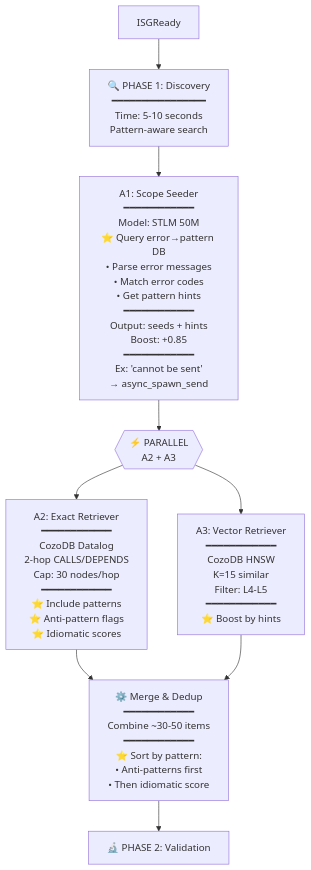
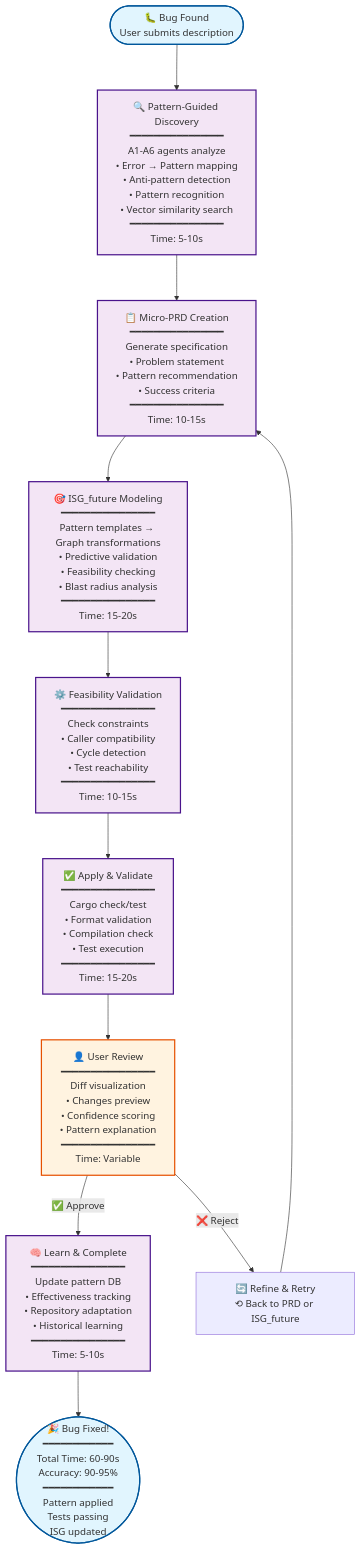
One commit to that-in-rust/transfiguration changed the first of 5 diagrams in Insp09_ActiveWorkspaces_StrategicInitiatives/Insp04_PRD202510/P21_ArchV01.md. Above: the diagram before and after it, drawn with Mermaid. The commit also changed other lines of this file and 1 other file, not shown here.

````diff
--- a/Insp09_ActiveWorkspaces_StrategicInitiatives/Insp04_PRD202510/P21_ArchV01.md
+++ b/Insp09_ActiveWorkspaces_StrategicInitiatives/Insp04_PRD202510/P21_ArchV01.md
@@ -188,17 +23,32 @@
 ```mermaid
+---
+config:
+  flowchart:
+    nodeSpacing: 75
+    rankSpacing: 75
+    curve: basis
+---
 flowchart TD
-    ISGReady --> Phase1["🔍 PHASE 1: Discovery<br/>━━━━━━━━━━━━━━━━<br/>Time: 5-10 seconds<br/>Pattern-aware search"]
+    %% Bug Fixing Journey Overview
+    Start(["🐛 Bug Found<br/>User submits description"])
+    Start --> PatternDiscovery["🔍 Pattern-Guided Discovery<br/>━━━━━━━━━━━━━━━━<br/>A1-A6 agents analyze<br/>• Error → Pattern mapping<br/>• Anti-pattern detection<br/>• Pattern recognition<br/>• Vector similarity search<br/>━━━━━━━━━━━━━━━━<br/>Time: 5-10s"]
+    PatternDiscovery --> PRDGeneration["📋 Micro-PRD Creation<br/>━━━━━━━━━━━━━━━━<br/>Generate specification<br/>• Problem statement<br/>• Pattern recommendation<br/>• Success criteria<br/>━━━━━━━━━━━━━━━━<br/>Time: 10-15s"]
+    PRDGeneration --> ISGFuture["🎯 ISG_future Modeling<br/>━━━━━━━━━━━━━━━━<br/>Pattern templates → Graph transformations<br/>• Predictive validation<br/>• Feasibility checking<br/>• Blast radius analysis<br/>━━━━━━━━━━━━━━━━<br/>Time: 15-20s"]
+    ISGFuture --> Validation["⚙️ Feasibility Validation<br/>━━━━━━━━━━━━━━━━<br/>Check constraints<br/>• Caller compatibility<br/>• Cycle detection<br/>• Test reachability<br/>━━━━━━━━━━━━━━━━<br/>Time: 10-15s"]
+    Validation --> ApplyChanges["✅ Apply & Validate<br/>━━━━━━━━━━━━━━━━<br/>Cargo check/test<br/>• Format validation<br/>• Compilation check<br/>• Test execution<br/>━━━━━━━━━━━━━━━━<br/>Time: 15-20s"]
+    ApplyChanges --> UserReview["👤 User Review<br/>━━━━━━━━━━━━━━━━<br/>Diff visualization<br/>• Changes preview<br/>• Confidence scoring<br/>• Pattern explanation<br/>━━━━━━━━━━━━━━━━<br/>Time: Variable"]
+    UserReview -->|✅ Approve| LearnAndComplete["🧠 Learn & Complete<br/>━━━━━━━━━━━━━━━━<br/>Update pattern DB<br/>• Effectiveness tracking<br/>• Repository adaptation<br/>• Historical learning<br/>━━━━━━━━━━━━━━━━<br/>Time: 5-10s"]
+    UserReview -->|❌ Reject| RefineLoop["🔄 Refine & Retry<br/>⟲ Back to PRD or ISG_future"]
+    RefineLoop --> PRDGeneration
+    LearnAndComplete --> Complete(["🎉 Bug Fixed!<br/>━━━━━━━━━━━━<br/>Total Time: 60-90s<br/>Accuracy: 90-95%<br/>━━━━━━━━━━━━<br/>Pattern applied<br/>Tests passing<br/>ISG updated"])
 
-    Phase1 --> A1["A1: Scope Seeder<br/>━━━━━━━━━━━━<br/>Model: STLM 50M<br/>⭐ Query error→pattern DB<br/>• Parse error messages<br/>• Match error codes<br/>• Get pattern hints<br/>━━━━━━━━━━━━<br/>Output: seeds + hints<br/>Boost: +0.85<br/>━━━━━━━━━━━━<br/>Ex: 'cannot be sent'<br/>→ async_spawn_send"]
+    %% Styling
+    classDef startClass fill:#e1f5fe,stroke:#01579b,stroke-width:2px
+    classDef processClass fill:#f3e5f5,stroke:#4a148c,stroke-width:2px
+    classDef decisionClass fill:#fff3e0,stroke:#e65100,stroke-width:2px
+    classDef endClass fill:#e8f5e8,stroke:#1b5e20,stroke-width:2px
 
-    A1 --> ParallelRetrieval{{"⚡ PARALLEL<br/>A2 + A3"}}
-
-    ParallelRetrieval --> A2["A2: Exact Retriever<br/>━━━━━━━━━━━━<br/>CozoDB Datalog<br/>2-hop CALLS/DEPENDS<br/>Cap: 30 nodes/hop<br/>━━━━━━━━━━━━<br/>⭐ Include patterns<br/>⭐ Anti-pattern flags<br/>⭐ Idiomatic scores"]
-
-    ParallelRetrieval --> A3["A3: Vector Retriever<br/>━━━━━━━━━━━━<br/>CozoDB HNSW<br/>K=15 similar<br/>Filter: L4-L5<br/>━━━━━━━━━━━━<br/>⭐ Boost by hints"]
-
-    A2 --> Merge["⚙️ Merge & Dedup<br/>━━━━━━━━━━━━<br/>Combine ~30-50 items<br/>━━━━━━━━━━━━<br/>⭐ Sort by pattern:<br/>• Anti-patterns first<br/>• Then idiomatic score"]
-    A3 --> Merge
-
-    Merge --> Phase2["🔬 PHASE 2: Validation"]
+    class Start,Complete startClass
+    class UserReview decisionClass
+    class PatternDiscovery,PRDGeneration,ISGFuture,Validation,ApplyChanges,LearnAndComplete processClass
 ```
````
